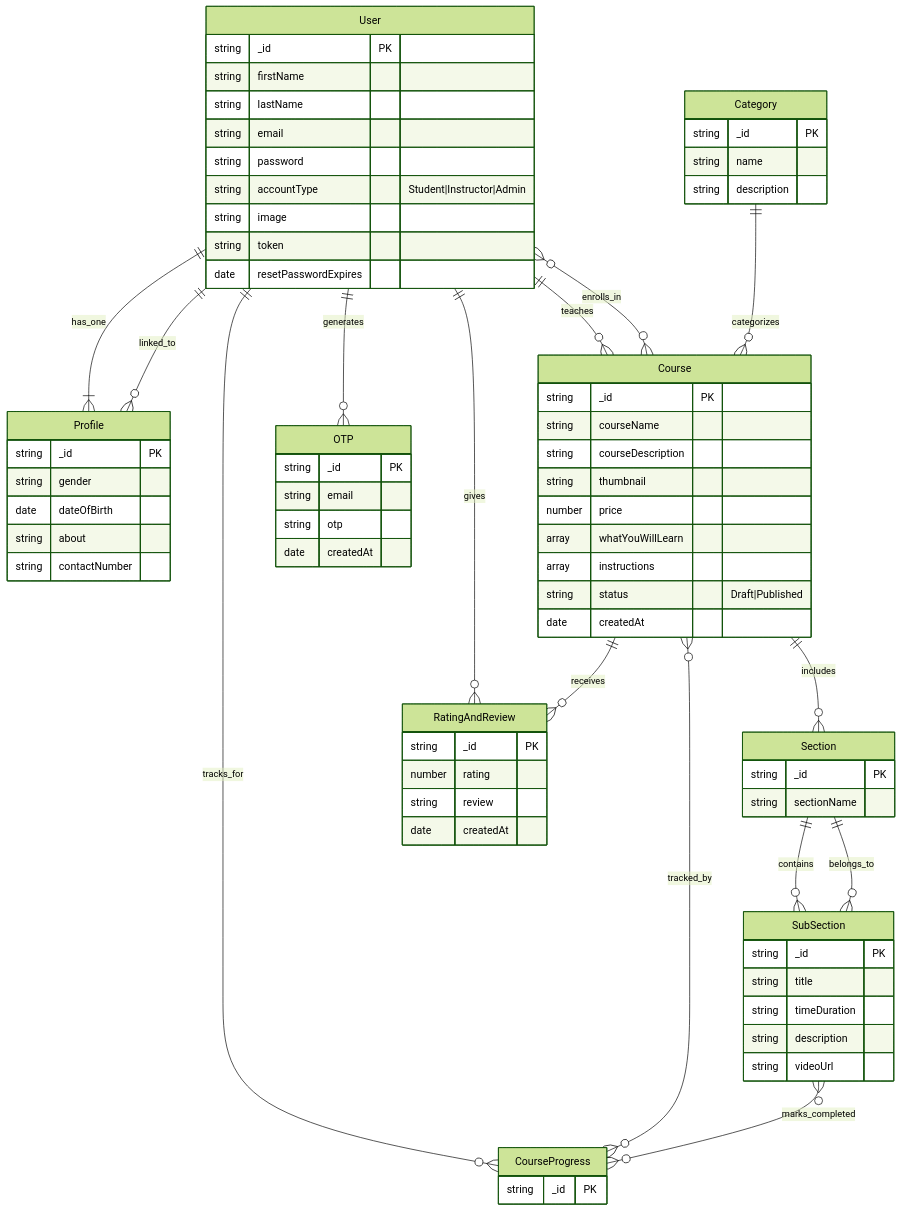
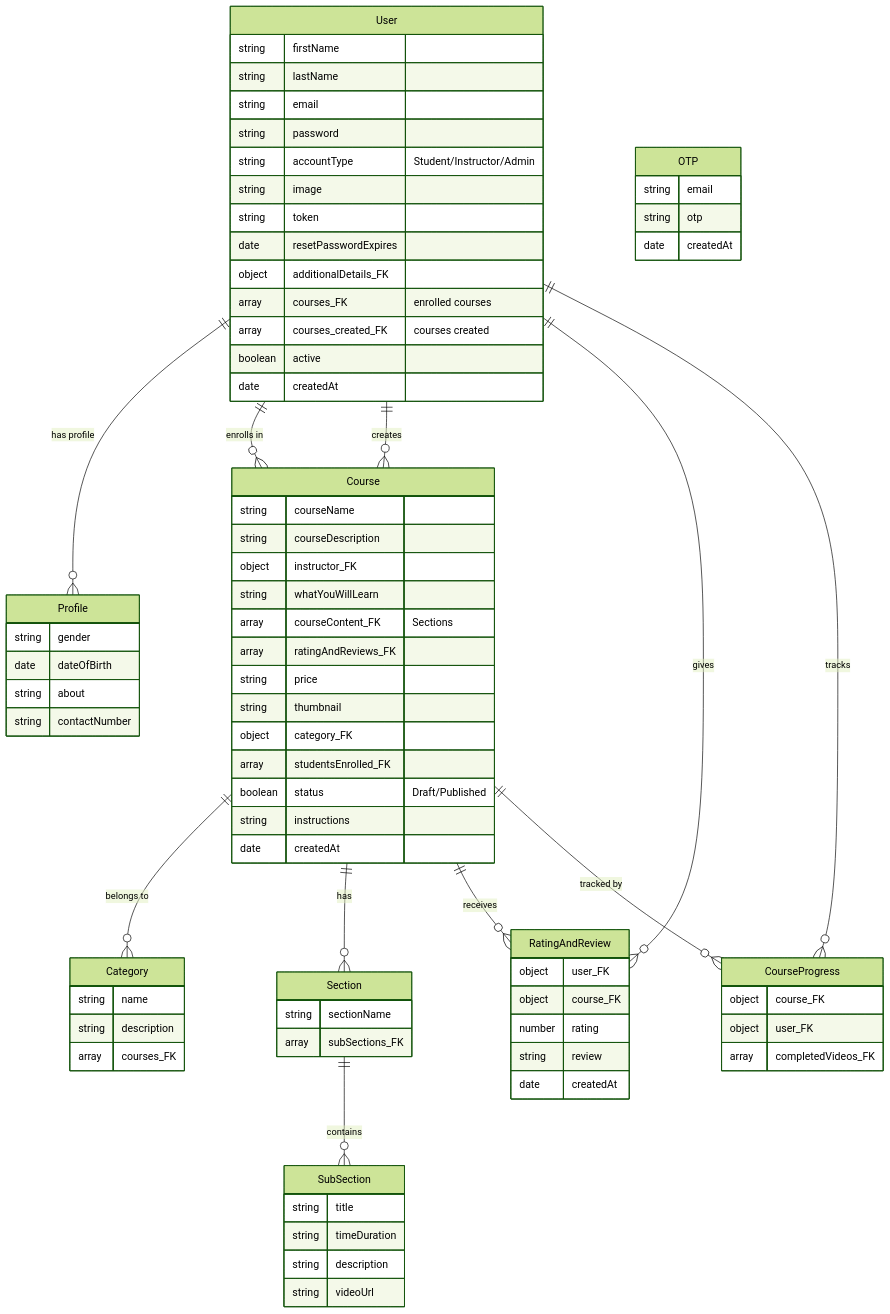
One commit to grewal16/study_notion changed the diagram in README.md. Above: the diagram before and after it, drawn with Mermaid (forest theme). The commit also changed other lines of this file, not shown here.

````diff
--- a/README.md
+++ b/README.md
@@ -56,82 +41,92 @@
 ```mermaid
 erDiagram
     User {
-        string _id PK
         string firstName
         string lastName
         string email
         string password
-        string accountType "Student|Instructor|Admin"
+        string accountType "Student/Instructor/Admin"
         string image
         string token
         date resetPasswordExpires
+        object additionalDetails_FK
+        array courses_FK "enrolled courses"
+        array courses_created_FK "courses created"
+        boolean active
+        date createdAt
     }
+
     Profile {
-        string _id PK
         string gender
         date dateOfBirth
         string about
         string contactNumber
     }
+
+    Category {
+        string name
+        string description
+        array courses_FK
+    }
+
     Course {
-        string _id PK
         string courseName
         string courseDescription
+        object instructor_FK
+        string whatYouWillLearn
+        array courseContent_FK "Sections"
+        array ratingAndReviews_FK
+        string price
         string thumbnail
-        number price
-        array whatYouWillLearn
-        array instructions
-        string status "Draft|Published"
+        object category_FK
+        array studentsEnrolled_FK
+        boolean status "Draft/Published"
+        string instructions
         date createdAt
     }
-    Category {
-        string _id PK
-        string name
-        string description
+
+    Section {
+        string sectionName
+        array subSections_FK
     }
-    Section {
-        string _id PK
-        string sectionName
-    }
+
     SubSection {
-        string _id PK
         string title
         string timeDuration
         string description
         string videoUrl
     }
+
     RatingAndReview {
-        string _id PK
+        object user_FK
+        object course_FK
         number rating
         string review
         date createdAt
     }
-    CourseProgress {
-        string _id PK
-    }
+
     OTP {
-        string _id PK
         string email
         string otp
         date createdAt
     }
 
-    User ||--|{ Profile : "has_one"
-    User ||--o{ Course : "teaches"
-    User }o--o{ Course : "enrolls_in"
+    CourseProgress {
+        object course_FK
+        object user_FK
+        array completedVideos_FK
+    }
+
+    User ||--o{ Profile : "has profile"
+    User ||--o{ Course : "enrolls in"
+    User ||--o{ Course : "creates"
     User ||--o{ RatingAndReview : "gives"
-    User ||--o{ CourseProgress : "tracks_for"
-    User ||--o{ OTP : "generates"
+    User ||--o{ CourseProgress : "tracks"
 
-    Category ||--o{ Course : "categorizes"
-
-    Course ||--o{ Section : "includes"
+    Course ||--o{ Category : "belongs to"
+    Course ||--o{ Section : "has"
     Course ||--o{ RatingAndReview : "receives"
-    Course }o--o{ CourseProgress : "tracked_by"
+    Course ||--o{ CourseProgress : "tracked by"
 
     Section ||--o{ SubSection : "contains"
-
-    SubSection }o--o{ CourseProgress : "marks_completed"
-    SubSection }o--|| Section : "belongs_to"
-    Profile }o--|| User : "linked_to"
 ```
````
